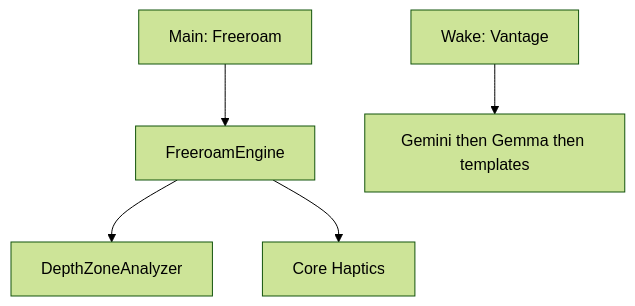
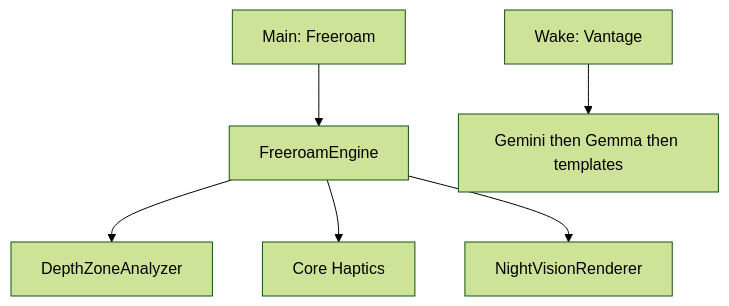
The diagram in PLAN.md (prathamwankhede/Vantage), drawn with Mermaid (forest theme) before and after one commit. The commit also changed other lines of this file and 4 other files, not shown here.

First line of the commit message:
Sync docs and phrase bank with Freeroam-first night vision.

````diff
--- a/PLAN.md
+++ b/PLAN.md
@@ -11,7 +13,8 @@
 ```mermaid
 flowchart TD
   Main[Main: Freeroam] --> Freeroam[FreeroamEngine]
   Freeroam --> Depth[DepthZoneAnalyzer]
   Freeroam --> Haptics[Core Haptics]
+  Freeroam --> NV[NightVisionRenderer]
   Ask[Wake: Vantage] --> SceneAI[Gemini then Gemma then templates]
 ```
````
